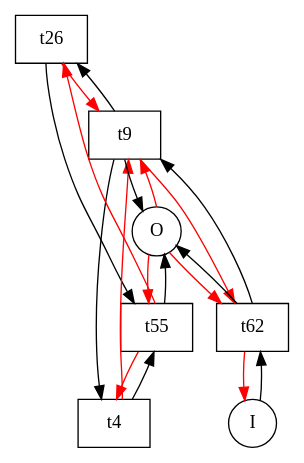
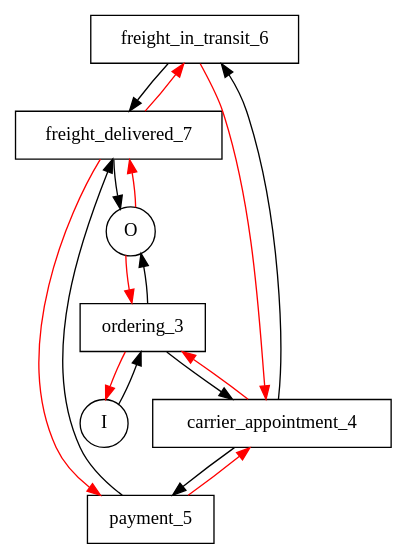
Before and after one commit to nricci/YAWL2FSP: the diagram in output/overall(ROOT).dot, drawn with Graphviz. The commit also changed 35 other files, not shown here.

```diff
--- a/output/overall(ROOT).dot
+++ b/output/overall(ROOT).dot
@@ -1,34 +1,30 @@
 digraph {
 	// OVERALL
 
 	// Elements
-	t26 [shape=box];
-	t4 [shape=box];
-	t9 [shape=box];
-	t55 [shape=box];
-	t62 [shape=box];
-	
-	
+	freight_in_transit_6 [shape=box];
+	payment_5 [shape=box];
+	freight_delivered_7 [shape=box];
+	ordering_3 [shape=box];
+	carrier_appointment_4 [shape=box];
+	outputcondition_2 [shape=circle][label=O];
+	inputcondition_1 [shape=circle][label=I];
 
 	// Arrows
-	c0->t62;
-	t62->t9;
-	t62->c8;
-	t62->c0[color=red];
-	c8 [shape=circle][label=O];
-	c8->t62[color=red];
-	c8->t9[color=red];
-	c8->t55[color=red];
-	t9->t26;
-	c0 [shape=circle][label=I];
-	t9->t4;
-	t9->c8;
-	t9->t62[color=red];
-	t4->t55;
-	t4->t9[color=red];
-	t55->c8;
-	t55->t26[color=red];
-	t55->t4[color=red];
-	t26->t55;
-	t26->t9[color=red];
+	inputcondition_1->ordering_3;
+	ordering_3->carrier_appointment_4;
+	ordering_3->outputcondition_2;
+	ordering_3->inputcondition_1[color=red];
+	outputcondition_2->ordering_3[color=red];
+	outputcondition_2->freight_delivered_7[color=red];
+	carrier_appointment_4->freight_in_transit_6;
+	carrier_appointment_4->payment_5;
+	carrier_appointment_4->ordering_3[color=red];
+	payment_5->freight_delivered_7;
+	payment_5->carrier_appointment_4[color=red];
+	freight_delivered_7->outputcondition_2;
+	freight_delivered_7->payment_5[color=red];
+	freight_delivered_7->freight_in_transit_6[color=red];
+	freight_in_transit_6->freight_delivered_7;
+	freight_in_transit_6->carrier_appointment_4[color=red];
 }
```
